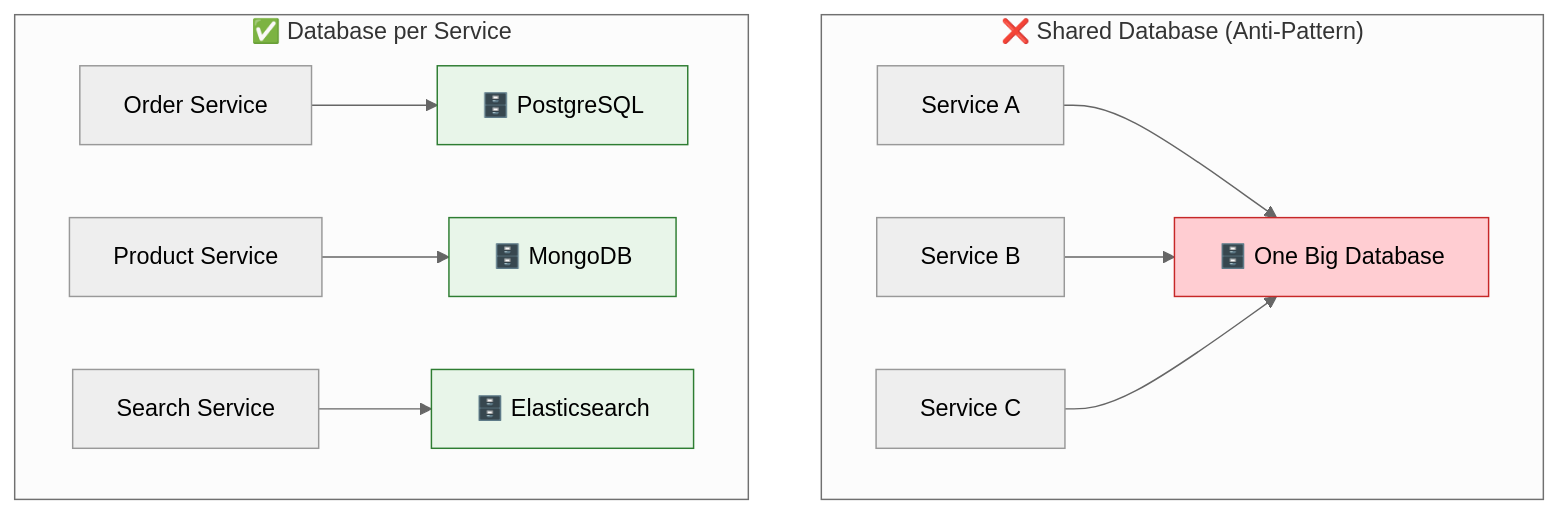
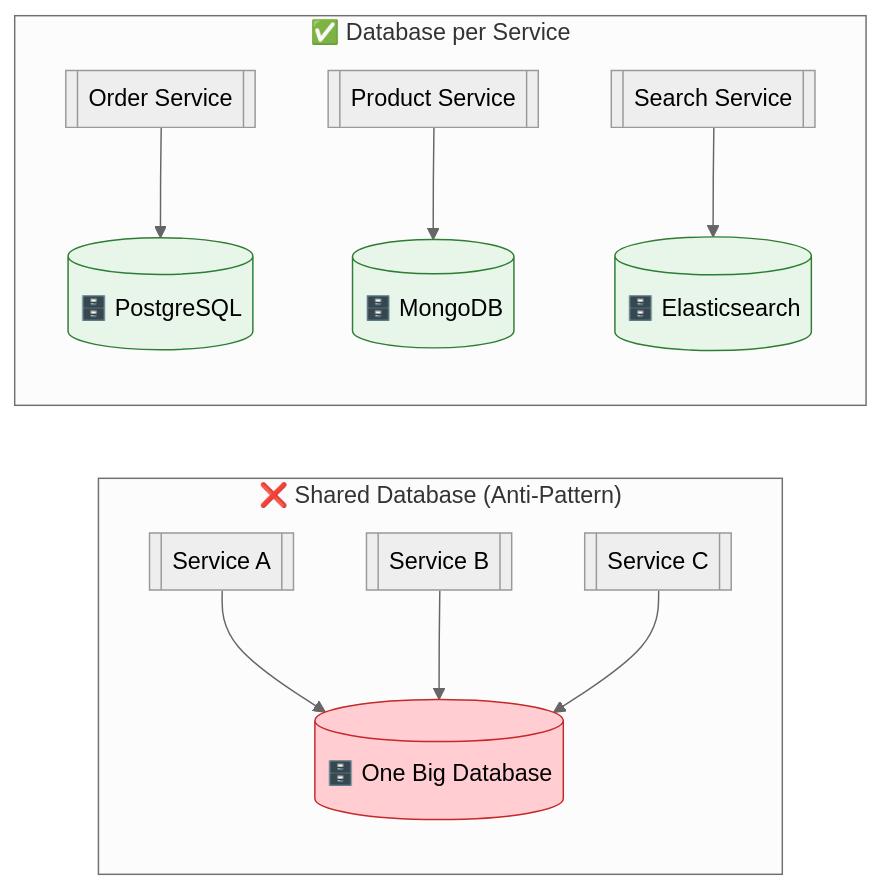
The first of 5 diagrams in docs/microservices/data-management.md (saivamsikaruturi/vamsilabs-dev-notes-main), drawn with Mermaid (neutral theme) before and after one commit. The commit also changed other lines of this file and 146 other files, not shown here.

Commit message:
Horizontal diagrams, UML class diagrams, typography overhaul, and permalink cleanup

````diff
--- a/docs/microservices/data-management.md
+++ b/docs/microservices/data-management.md
@@ -10,19 +10,19 @@
 ```mermaid
-flowchart TD
+flowchart LR
     subgraph Wrong["❌ Shared Database (Anti-Pattern)"]
-        SA["Service A"] --> SDB["🗄️ One Big Database"]
-        SB["Service B"] --> SDB
-        SC["Service C"] --> SDB
+        SA[["Service A"]] --> SDB[("🗄️ One Big Database")]
+        SB[["Service B"]] --> SDB
+        SC[["Service C"]] --> SDB
     end
     
     subgraph Right["✅ Database per Service"]
-        A["Order Service"] --> DA["🗄️ PostgreSQL"]
-        B["Product Service"] --> DB2["🗄️ MongoDB"]
-        C["Search Service"] --> DC["🗄️ Elasticsearch"]
+        A[["Order Service"]] --> DA[("🗄️ PostgreSQL")]
+        B[["Product Service"]] --> DB2[("🗄️ MongoDB")]
+        C[["Search Service"]] --> DC[("🗄️ Elasticsearch")]
     end
 
     style SDB fill:#FFCDD2,stroke:#C62828,color:#000
     style DA fill:#E8F5E9,stroke:#2E7D32,color:#000
     style DB2 fill:#E8F5E9,stroke:#2E7D32,color:#000
     style DC fill:#E8F5E9,stroke:#2E7D32,color:#000
 ```
````
